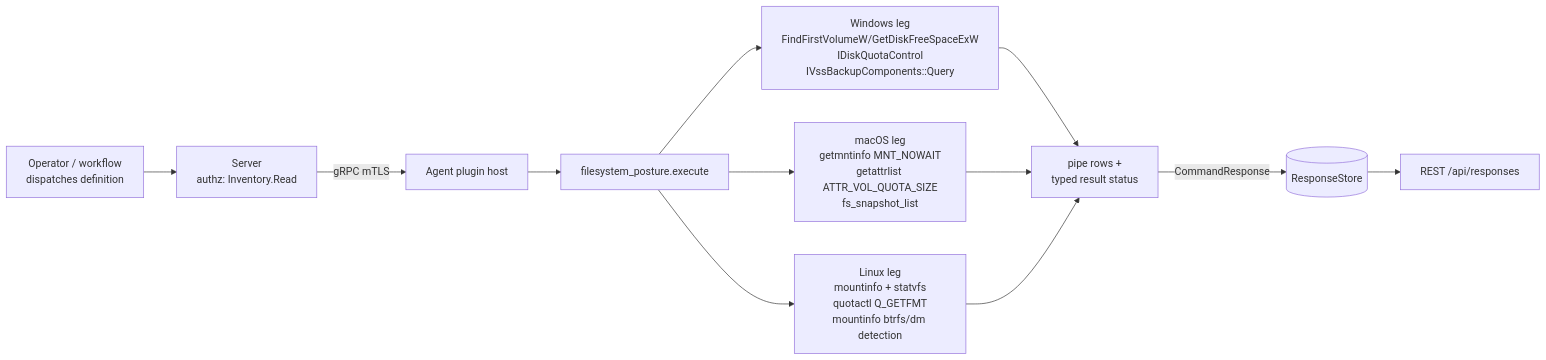
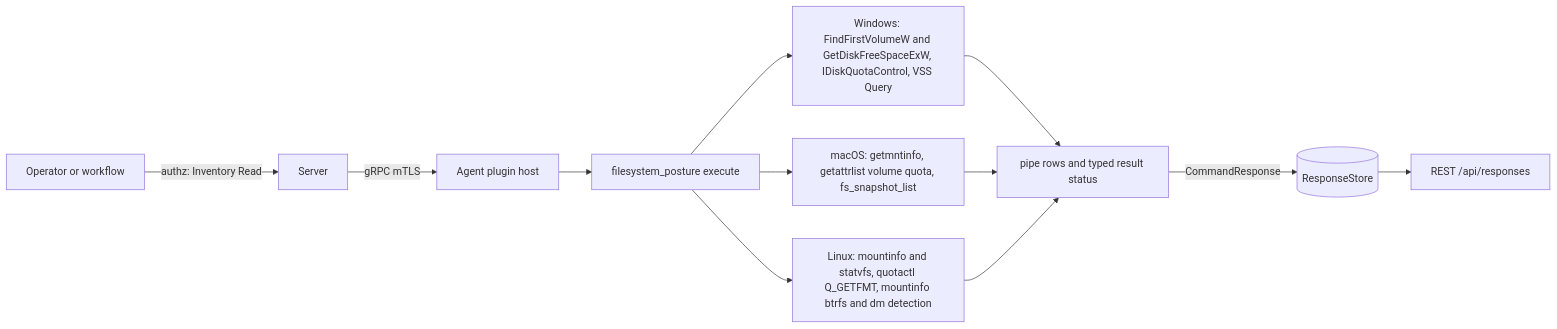
Before and after one commit to DevNullLtd/Yuzu: the first of 2 diagrams in agents/plugins/filesystem_posture/README.md, drawn with Mermaid. The commit also changed other lines of this file and 5 other files, not shown here.

Commit message:
docs(plugins): refresh the tags, update_source_trust and filesystem_posture READMEs

````diff
--- a/agents/plugins/filesystem_posture/README.md
+++ b/agents/plugins/filesystem_posture/README.md
@@ -19,12 +21,13 @@
 ```mermaid
 flowchart LR
-  OP[Operator / workflow<br/>dispatches definition] --> SRV[Server<br/>authz: Inventory.Read]
-  SRV -- gRPC mTLS --> HOST[Agent plugin host]
-  HOST --> EX[filesystem_posture.execute]
-  EX --> WIN[Windows leg<br/>FindFirstVolumeW/GetDiskFreeSpaceExW<br/>IDiskQuotaControl<br/>IVssBackupComponents::Query]
-  EX --> MAC[macOS leg<br/>getmntinfo MNT_NOWAIT<br/>getattrlist ATTR_VOL_QUOTA_SIZE<br/>fs_snapshot_list]
-  EX --> LIN[Linux leg<br/>mountinfo + statvfs<br/>quotactl Q_GETFMT<br/>mountinfo btrfs/dm detection]
-  WIN & MAC & LIN --> ROWS[pipe rows +<br/>typed result status]
-  ROWS -- CommandResponse --> RS[(ResponseStore)]
-  RS --> API[REST /api/responses]
+  OP["Operator or workflow"] -->|"authz: Inventory Read"| SRV["Server"]
+  SRV -->|"gRPC mTLS"| HOST["Agent plugin host"]
+  HOST --> EX["filesystem_posture execute"]
+  EX --> WIN["Windows: FindFirstVolumeW and GetDiskFreeSpaceExW, IDiskQuotaControl, VSS Query"]
+  EX --> MAC["macOS: getmntinfo, getattrlist volume quota, fs_snapshot_list"]
+  EX --> LIN["Linux: mountinfo and statvfs, quotactl Q_GETFMT, mountinfo btrfs and dm detection"]
+  WIN --> ROWS["pipe rows and typed result status"]
+  MAC --> ROWS
+  LIN --> ROWS
+  ROWS -->|"CommandResponse"| RS[("ResponseStore")] --> API["REST /api/responses"]
 ```
````
